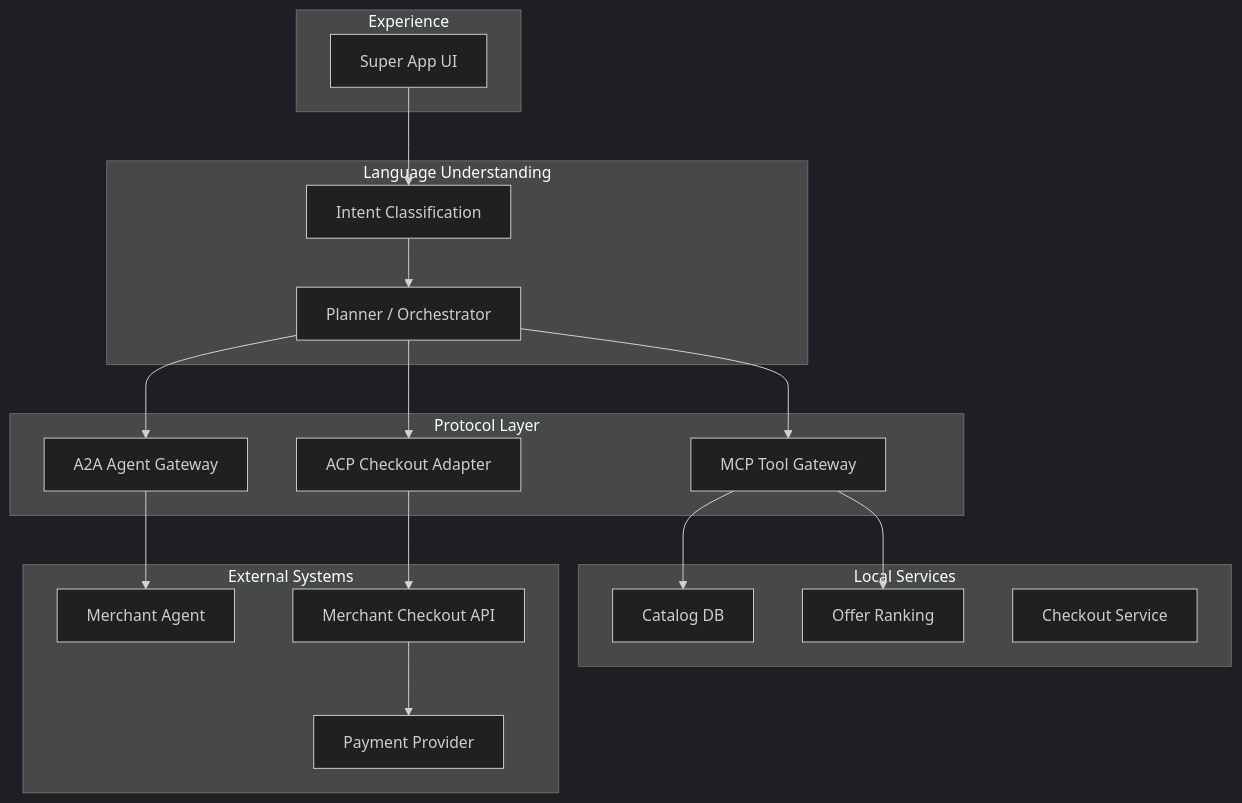
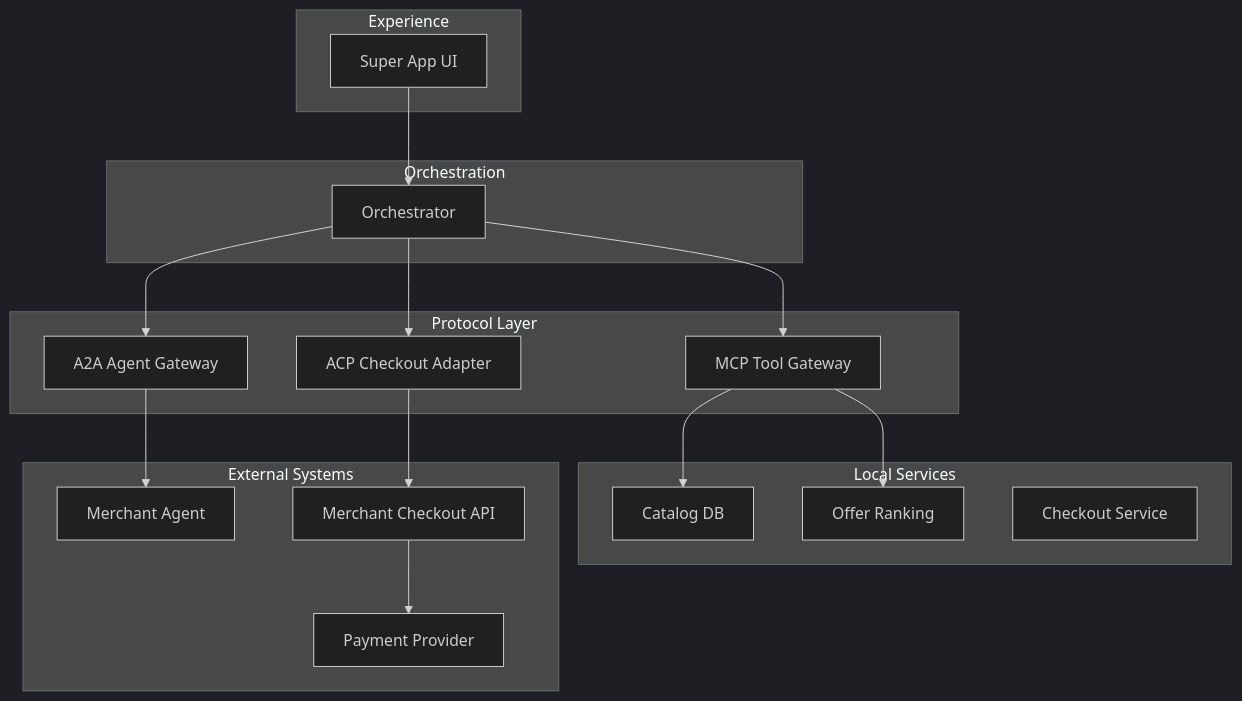
Before and after one commit to zhuohanl/agentic-commerce-protocol-demo: the first of 3 diagrams in understanding/design/layered-architecture-mvp.md, drawn with Mermaid (dark theme). The commit also changed other lines of this file, not shown here.

Commit message:
Updated layered architecture design doc

````diff
--- a/understanding/design/layered-architecture-mvp.md
+++ b/understanding/design/layered-architecture-mvp.md
@@ -27,45 +27,43 @@
 ```mermaid
 flowchart TB
 
 subgraph L1[Experience]
 UI[Super App UI]
 end
 
-subgraph L2[Language Understanding]
-Intent[Intent Classification]
-Planner[Planner / Orchestrator]
+subgraph L2[Orchestration]
+Orch[Orchestrator]
 end
 
 subgraph L3[Protocol Layer]
 MCP[MCP Tool Gateway]
 A2A[A2A Agent Gateway]
 ACP[ACP Checkout Adapter]
 end
 
 subgraph L4[Local Services]
 Catalog[Catalog DB]
 Ranker[Offer Ranking]
 Checkout[Checkout Service]
 end
 
 subgraph L5[External Systems]
 MerchantAgent[Merchant Agent]
 MerchantAPI[Merchant Checkout API]
 PSP[Payment Provider]
 end
 
-UI --> Intent
-Intent --> Planner
+UI --> Orch
 
-Planner --> MCP
-Planner --> A2A
-Planner --> ACP
+Orch --> MCP
+Orch --> A2A
+Orch --> ACP
 
 MCP --> Catalog
 MCP --> Ranker
 
 A2A --> MerchantAgent
 
 ACP --> MerchantAPI
 MerchantAPI --> PSP
 ```
````
